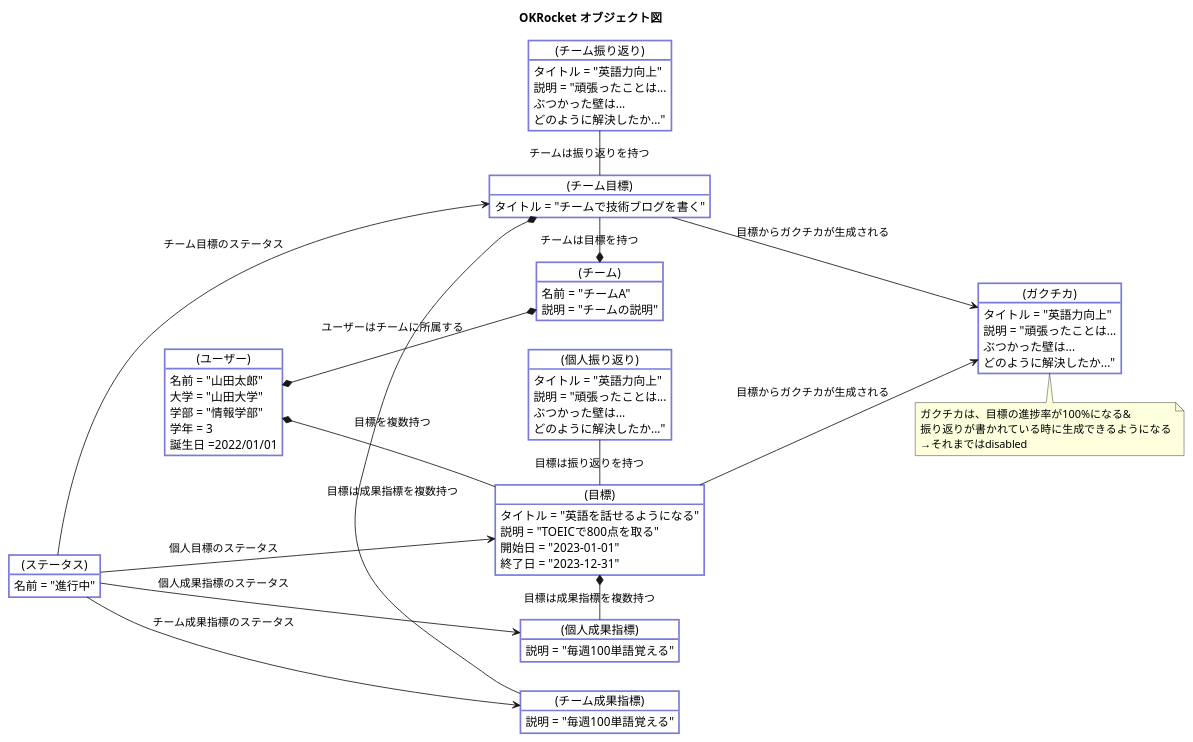
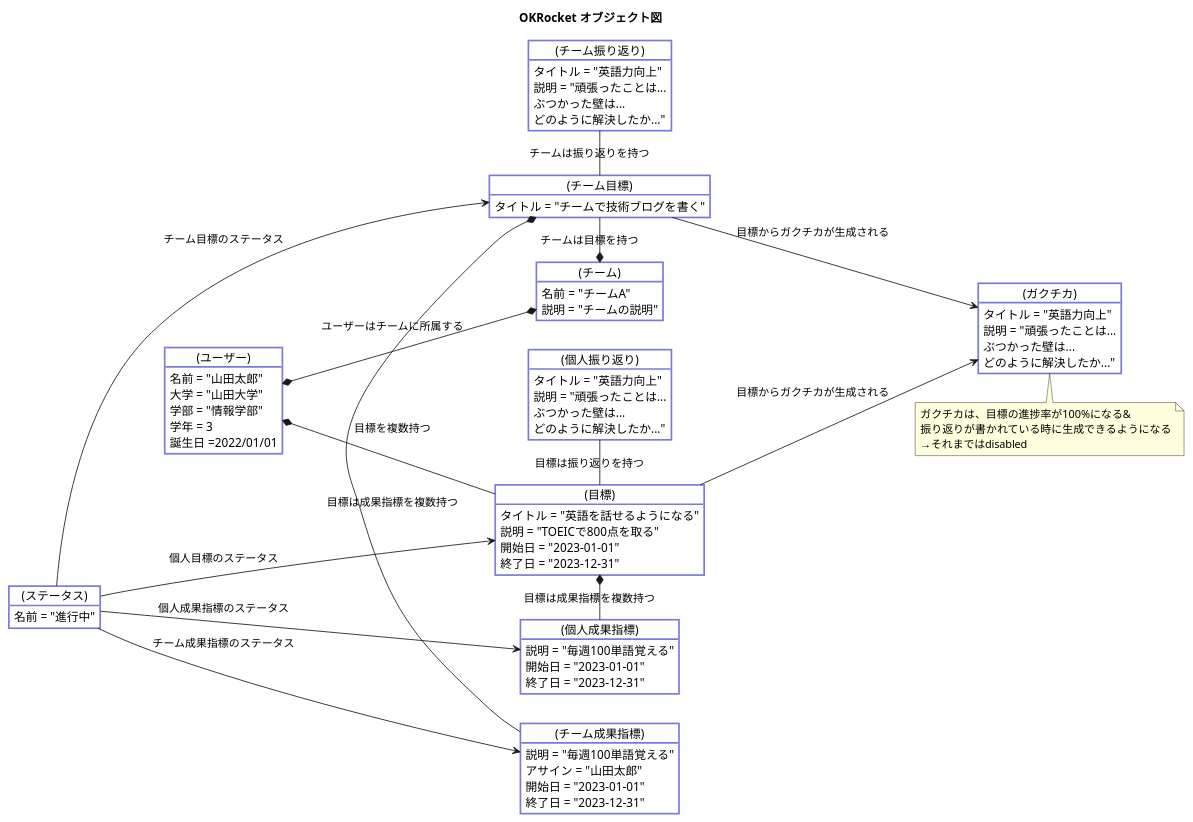
One commit to Yuma-Tsukakoshi/OKRocket changed the diagram in docs/3-object/ALLObjective.pu. Above: the diagram before and after it, drawn with PlantUML. The commit also changed 1 other file, not shown here.

Commit message:
add: チームオブジェクトの粒度でオブジェクト図作成

```diff
--- a/docs/3-object/ALLObjective.pu
+++ b/docs/3-object/ALLObjective.pu
@@ -1,88 +1,93 @@
 @startuml
 title OKRocket オブジェクト図
 
 left to right direction
 
 skinparam object {
   BackgroundColor #ffffff
   BorderColor #7a7adb
   FontColor #000000
   BorderThickness 2
 }
 
 object "(ユーザー)" as User {
   名前 = "山田太郎"
   大学 = "山田大学"
   学部 = "情報学部"
   学年 = 3
   誕生日 =2022/01/01
 }
 
 object "(目標)" as Objective {
   タイトル = "英語を話せるようになる"
   説明 = "TOEICで800点を取る"
   開始日 = "2023-01-01"
   終了日 = "2023-12-31"
 }
 
 object "(個人成果指標)" as KeyResult {
   説明 = "毎週100単語覚える"
+  開始日 = "2023-01-01"
+  終了日 = "2023-12-31"
 }
 
 object "(チーム成果指標)" as TeamKeyResult {
   説明 = "毎週100単語覚える"
+  アサイン = "山田太郎"
+  開始日 = "2023-01-01"
+  終了日 = "2023-12-31"
 }
 
 object "(個人振り返り)" as Reflection {
   タイトル = "英語力向上"
   説明 = "頑張ったことは...\nぶつかった壁は...\nどのように解決したか..."
 }
 object "(チーム振り返り)" as TeamReflection {
   タイトル = "英語力向上"
   説明 = "頑張ったことは...\nぶつかった壁は...\nどのように解決したか..."
 }
 
 object "(ガクチカ)" as Gakutika {
   タイトル = "英語力向上"
   説明 = "頑張ったことは...\nぶつかった壁は...\nどのように解決したか..."
 }
 note bottom of Gakutika
   ガクチカは、目標の進捗率が100%になる&
   振り返りが書かれている時に生成できるようになる
   →それまではdisabled
 end note
 
 
 object "(チーム)" as Team {
   名前 = "チームA"
   説明 = "チームの説明"
 }
 
 object "(チーム目標)" as TeamObjective {
   タイトル = "チームで技術ブログを書く"
 }
 
 object "(ステータス)" as Status {
   名前 = "進行中"
 }
 
 User *--* Team : "ユーザーはチームに所属する"
 
 Objective -up-* User : "目標を複数持つ"
 Objective *- KeyResult : "目標は成果指標を複数持つ"
 Objective -left- Reflection : "目標は振り返りを持つ"
 
 TeamObjective -* Team : "チームは目標を持つ"
 TeamObjective *-  TeamKeyResult : "目標は成果指標を複数持つ"
 TeamObjective -left- TeamReflection : "チームは振り返りを持つ"
 
 Objective --> Gakutika : "目標からガクチカが生成される"
 TeamObjective --> Gakutika : "目標からガクチカが生成される"
 
 Status ---> TeamObjective : "チーム目標のステータス"
 Status ---> Objective : "個人目標のステータス"
 Status ---> KeyResult : "個人成果指標のステータス"
 Status ---> TeamKeyResult : "チーム成果指標のステータス"
 
 
 @enduml
```
